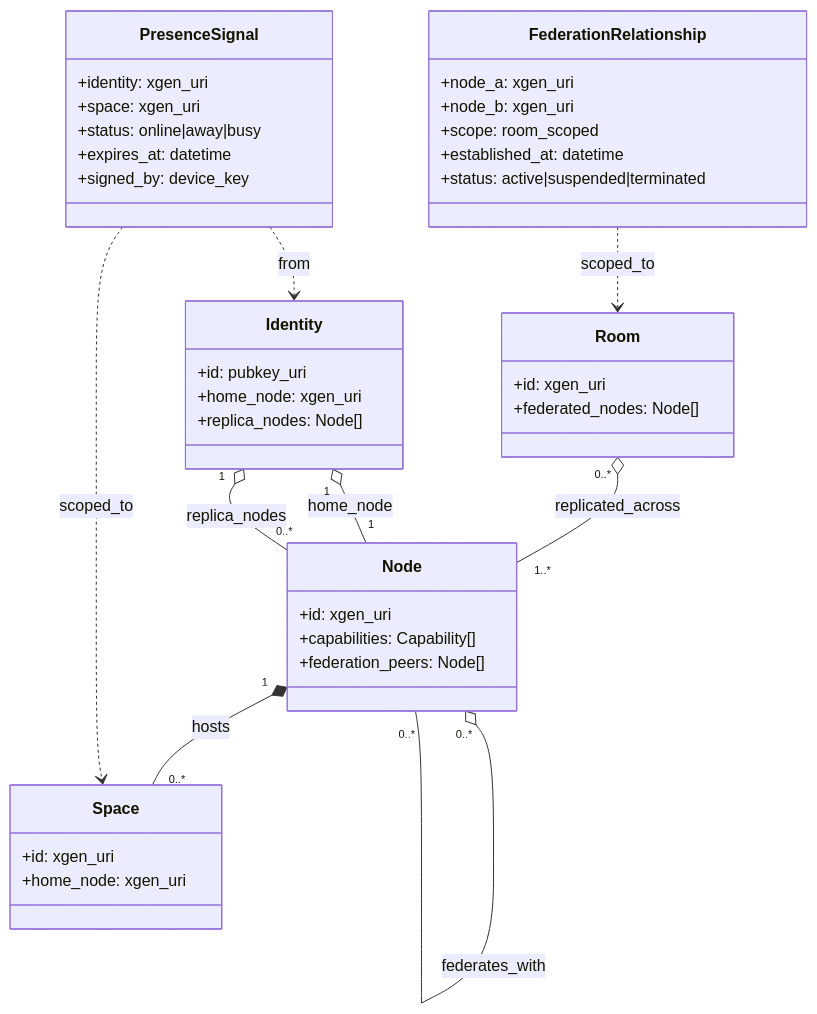
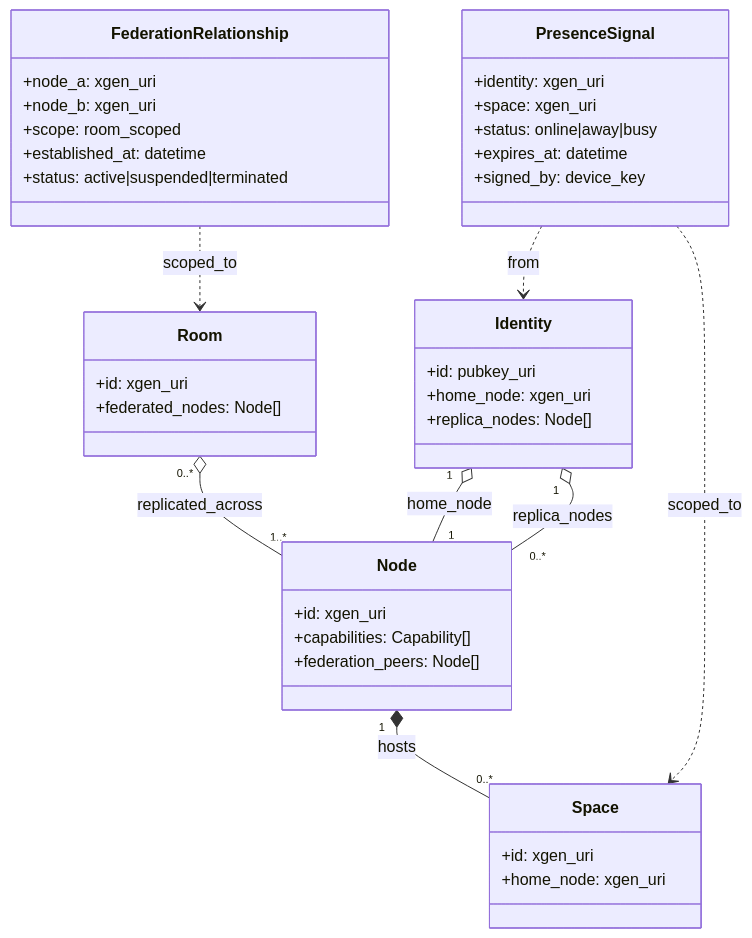
Before and after one commit to ianus777/XGenProtocol: diagram 15 of 16 in docs/xgen_appendix_c_en.md, drawn with Mermaid. The commit also changed other lines of this file, not shown here.

Commit message:
update diagrams

````diff
--- a/docs/xgen_appendix_c_en.md
+++ b/docs/xgen_appendix_c_en.md
@@ -1012,44 +1014,45 @@
 ```mermaid
 classDiagram
     class Node {
         +id: xgen_uri
         +capabilities: Capability[]
         +federation_peers: Node[]
     }
     class Space {
         +id: xgen_uri
         +home_node: xgen_uri
     }
     class Room {
         +id: xgen_uri
         +federated_nodes: Node[]
     }
     class Identity {
         +id: pubkey_uri
         +home_node: xgen_uri
         +replica_nodes: Node[]
     }
     class FederationRelationship {
         +node_a: xgen_uri
         +node_b: xgen_uri
         +scope: room_scoped
         +established_at: datetime
         +status: active|suspended|terminated
     }
     class PresenceSignal {
         +identity: xgen_uri
         +space: xgen_uri
         +status: online|away|busy
         +expires_at: datetime
         +signed_by: device_key
     }
 
-    Node "0..*" o-- "0..*" Node : federates_with
+    %% Note: Node federates_with other Nodes (self-reference).
+    %% Omitted — Mermaid renders self-references as empty ghost boxes.
     Node "1" *-- "0..*" Space : hosts
     Room "0..*" o-- "1..*" Node : replicated_across
     Identity "1" o-- "1" Node : home_node
     Identity "1" o-- "0..*" Node : replica_nodes
     FederationRelationship ..> Room : scoped_to
     PresenceSignal ..> Space : scoped_to
     PresenceSignal ..> Identity : from
 ```
````
